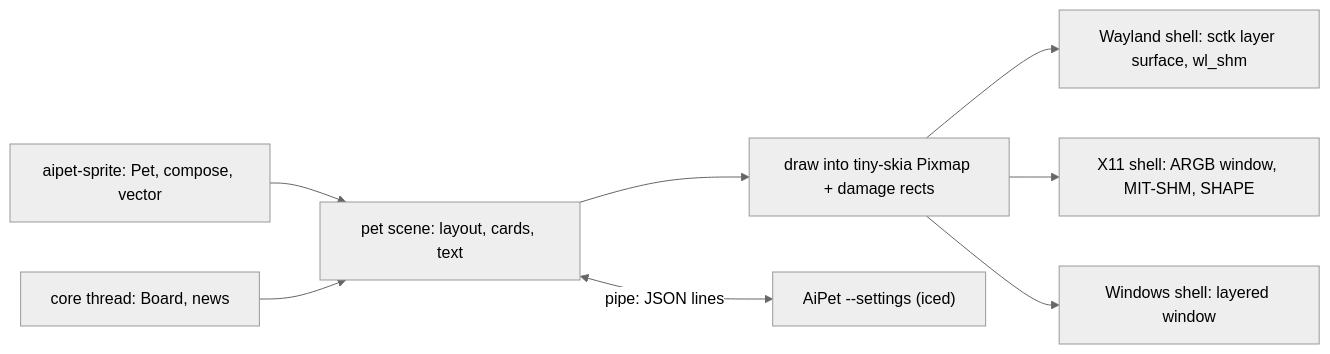
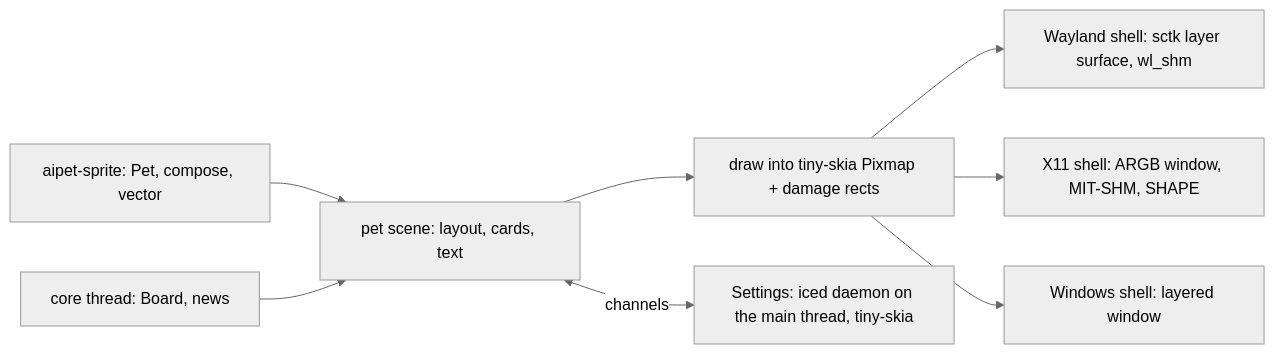
One commit to xMarcinator/ai-pet changed the diagram in .flow/specs/fnt-75-the-pet-window-without-the-gpu.md. Above: the diagram before and after it, drawn with Mermaid (neutral theme). The commit also changed other lines of this file and 4 other files, not shown here.

Commit message:
flow: fnt-75.9 done; Settings stays in-process on iced's CPU renderer (spec R7 and task 4 rewritten)

````diff
--- a/.flow/specs/fnt-75-the-pet-window-without-the-gpu.md
+++ b/.flow/specs/fnt-75-the-pet-window-without-the-gpu.md
@@ -13,10 +13,10 @@
 ```mermaid
 flowchart LR
   P[aipet-sprite: Pet, compose, vector] --> S[pet scene: layout, cards, text]
   S --> D[draw into tiny-skia Pixmap + damage rects]
   D --> W[Wayland shell: sctk layer surface, wl_shm]
   D --> X[X11 shell: ARGB window, MIT-SHM, SHAPE]
   D --> N[Windows shell: layered window]
-  S <-- pipe: JSON lines --> C["AiPet --settings (iced)"]
+  S <-- channels --> C["Settings: iced daemon on the main thread, tiny-skia"]
   K[core thread: Board, news] --> S
 ```
````
